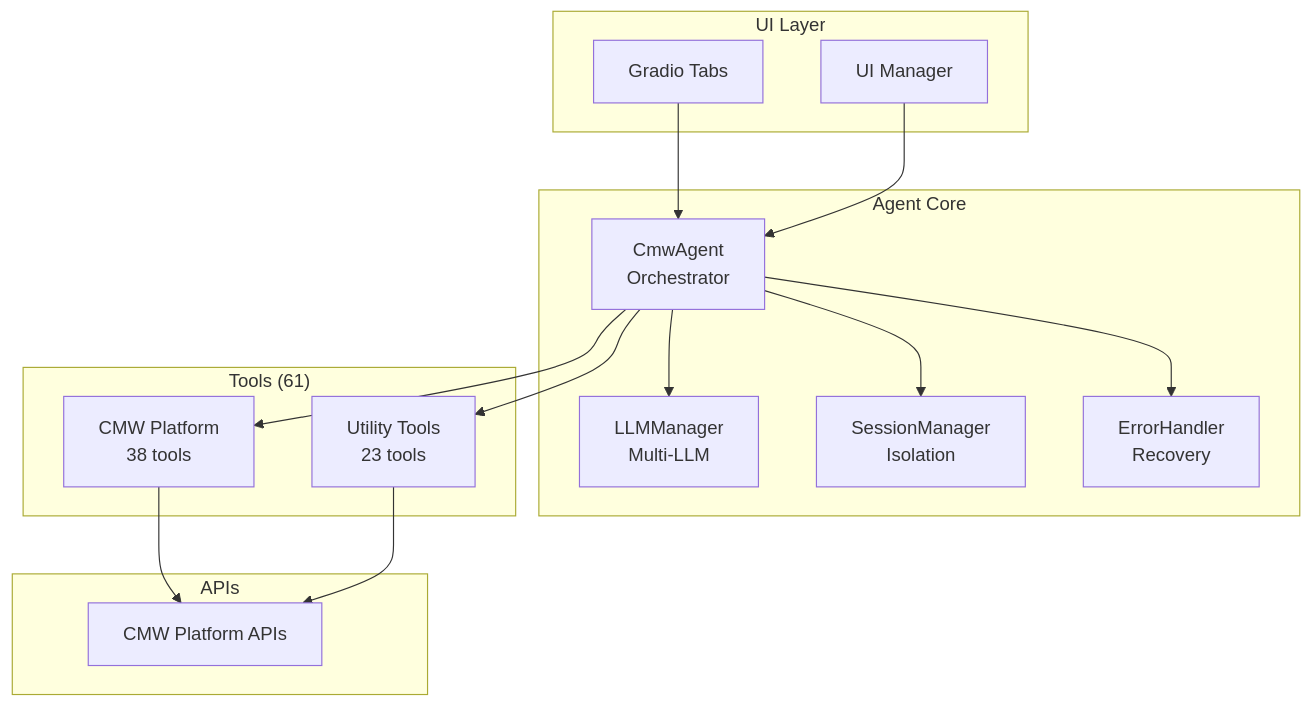
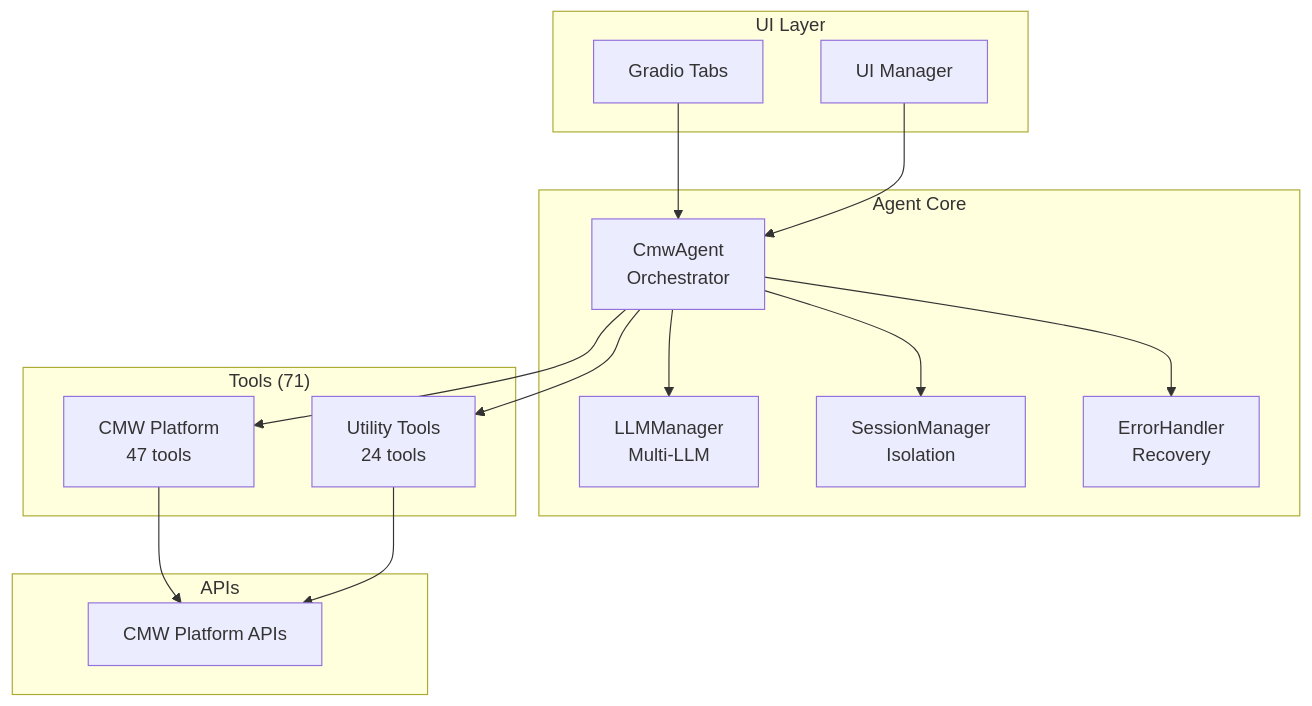
One commit to arterm-sedov/cmw-platform-agent changed the diagram in README.md. Above: the diagram before and after it, drawn with Mermaid. The commit also changed other lines of this file and 2 other files, not shown here.

First line of the commit message:
docs: sync README with current repo (tools, Python, venv) (#6)

````diff
--- a/README.md
+++ b/README.md
@@ -54,33 +54,33 @@
 ```mermaid
 graph TD
     subgraph "UI Layer"
         A1[Gradio Tabs]
         A2[UI Manager]
     end
     
     subgraph "Agent Core"
         B1["CmwAgent<br/>Orchestrator"]
         B2["LLMManager<br/>Multi-LLM"]
         B3["SessionManager<br/>Isolation"]
         B4["ErrorHandler<br/>Recovery"]
     end
     
-    subgraph "Tools (61)"
-        C1["CMW Platform<br/>38 tools"]
-        C2["Utility Tools<br/>23 tools"]
+    subgraph "Tools (71)"
+        C1["CMW Platform<br/>47 tools"]
+        C2["Utility Tools<br/>24 tools"]
     end
     
     subgraph "APIs"
         D1["CMW Platform APIs"]
     end
     
     A1 --> B1
     A2 --> B1
     B1 --> B2
     B1 --> B3
     B1 --> B4
     B1 --> C1
     B1 --> C2
     C1 --> D1
     C2 --> D1
 ```
````
